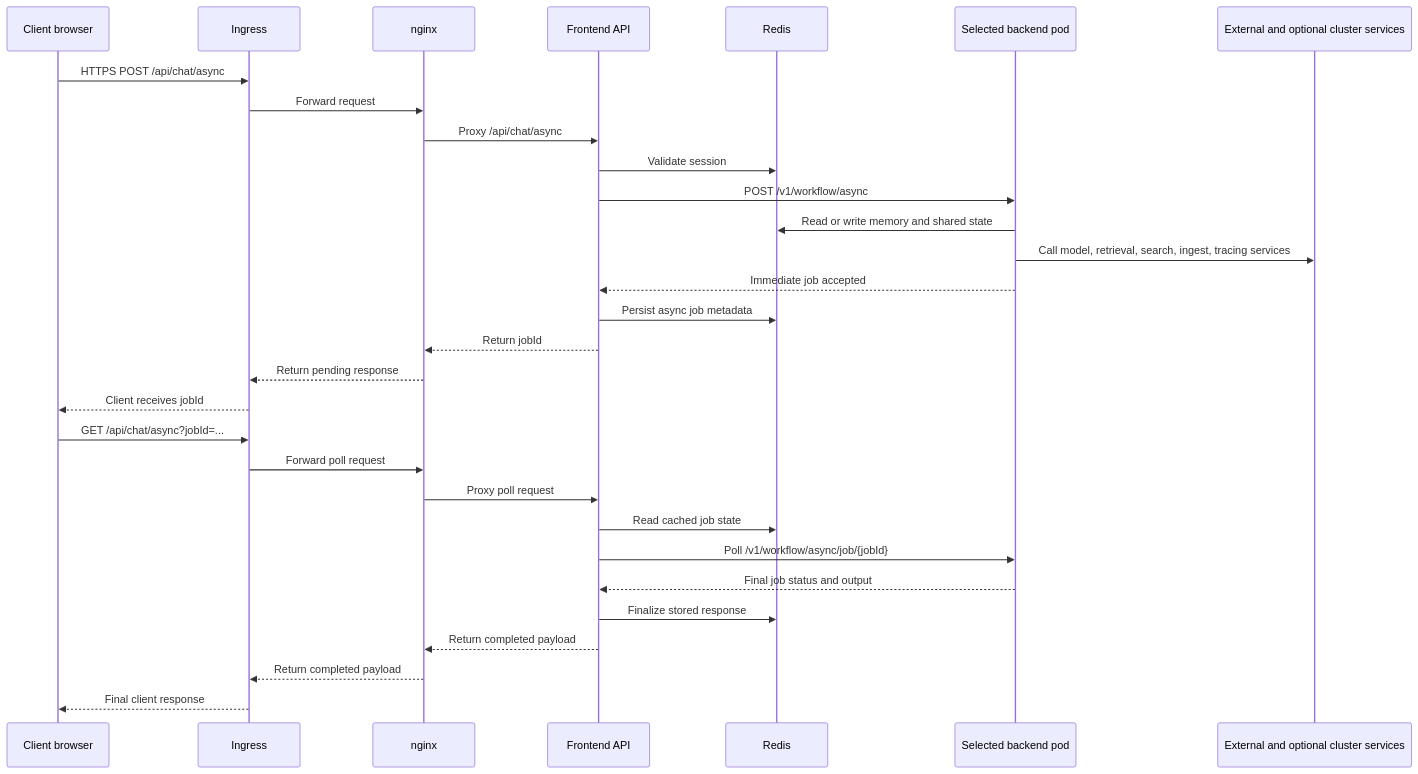
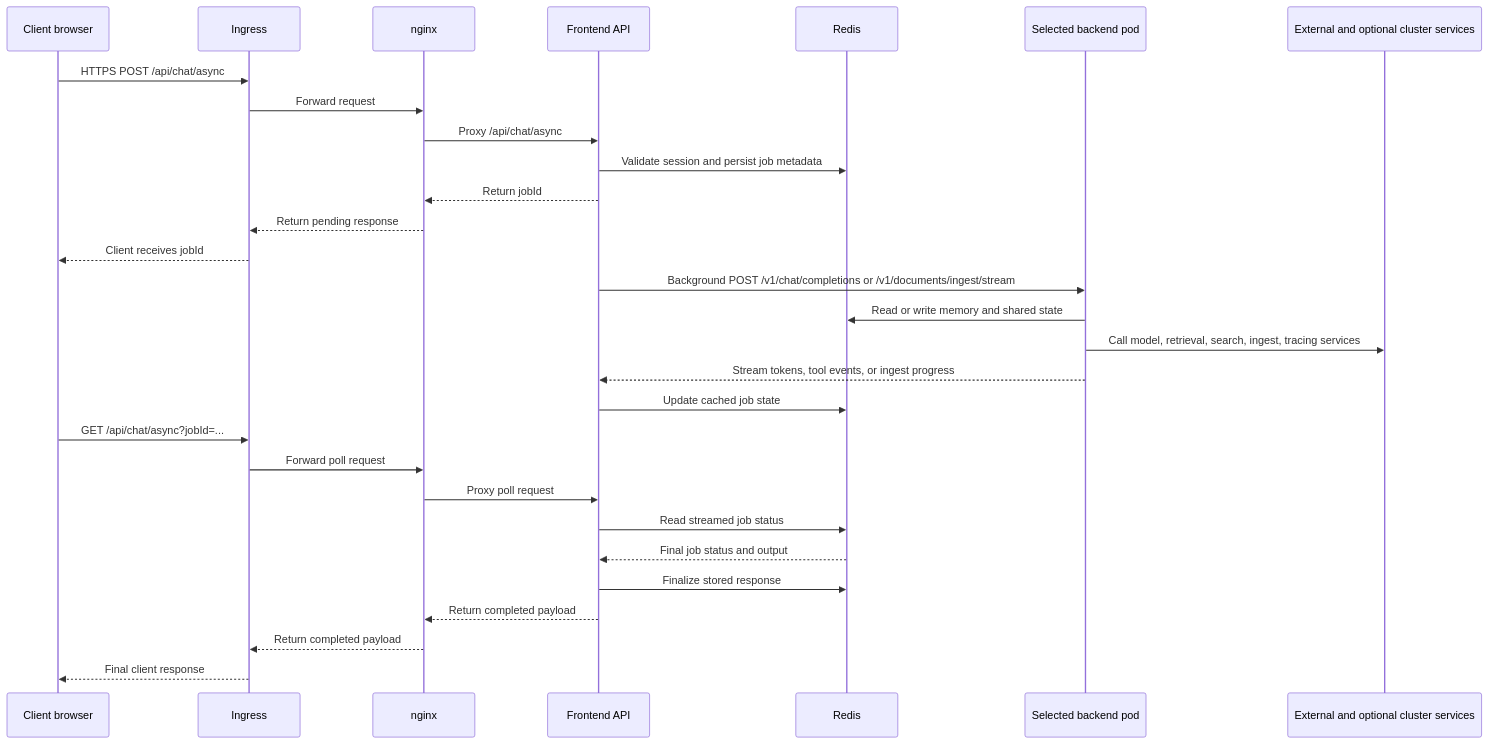
Before and after one commit to tuttlebr/daedalus-agent: the second of 2 diagrams in README.md, drawn with Mermaid. The commit also changed other lines of this file and 18 other files, not shown here.

Commit message:
Update async chat and upload configuration

````diff
--- a/README.md
+++ b/README.md
@@ -236,33 +236,32 @@
 ```mermaid
 sequenceDiagram
     participant C as Client browser
     participant I as Ingress
     participant N as nginx
     participant F as Frontend API
     participant R as Redis
     participant B as Selected backend pod
     participant X as External and optional cluster services
 
     C->>I: HTTPS POST /api/chat/async
     I->>N: Forward request
     N->>F: Proxy /api/chat/async
-    F->>R: Validate session
-    F->>B: POST /v1/workflow/async
-    B->>R: Read or write memory and shared state
-    B->>X: Call model, retrieval, search, ingest, tracing services
-    B-->>F: Immediate job accepted
-    F->>R: Persist async job metadata
+    F->>R: Validate session and persist job metadata
     F-->>N: Return jobId
     N-->>I: Return pending response
     I-->>C: Client receives jobId
+    F->>B: Background POST /v1/chat/completions or /v1/documents/ingest/stream
+    B->>R: Read or write memory and shared state
+    B->>X: Call model, retrieval, search, ingest, tracing services
+    B-->>F: Stream tokens, tool events, or ingest progress
+    F->>R: Update cached job state
     C->>I: GET /api/chat/async?jobId=...
     I->>N: Forward poll request
     N->>F: Proxy poll request
-    F->>R: Read cached job state
-    F->>B: Poll /v1/workflow/async/job/{jobId}
-    B-->>F: Final job status and output
+    F->>R: Read streamed job status
+    R-->>F: Final job status and output
     F->>R: Finalize stored response
     F-->>N: Return completed payload
     N-->>I: Return completed payload
     I-->>C: Final client response
 ```
````
